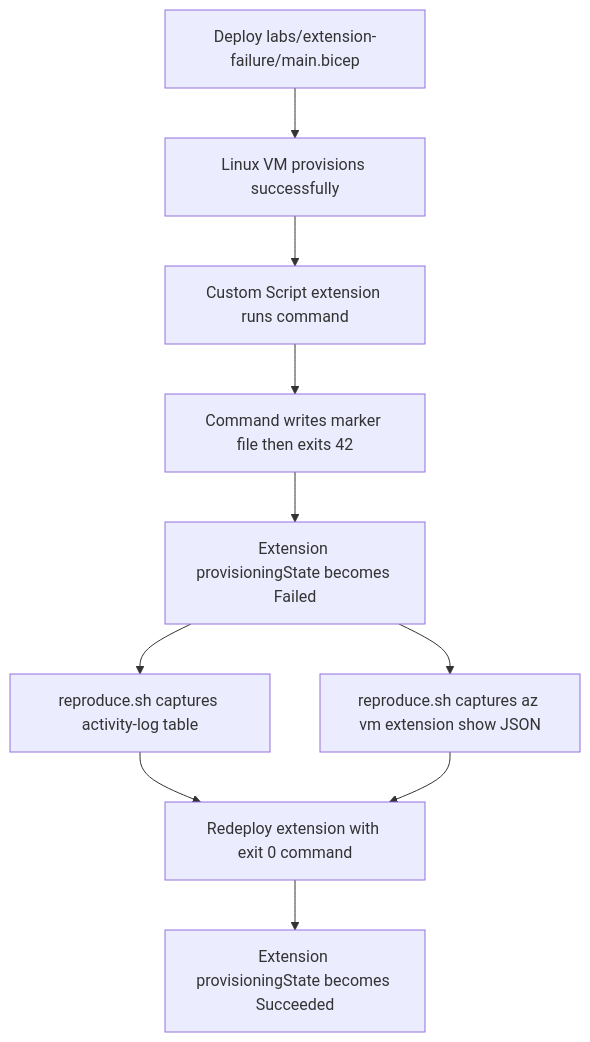
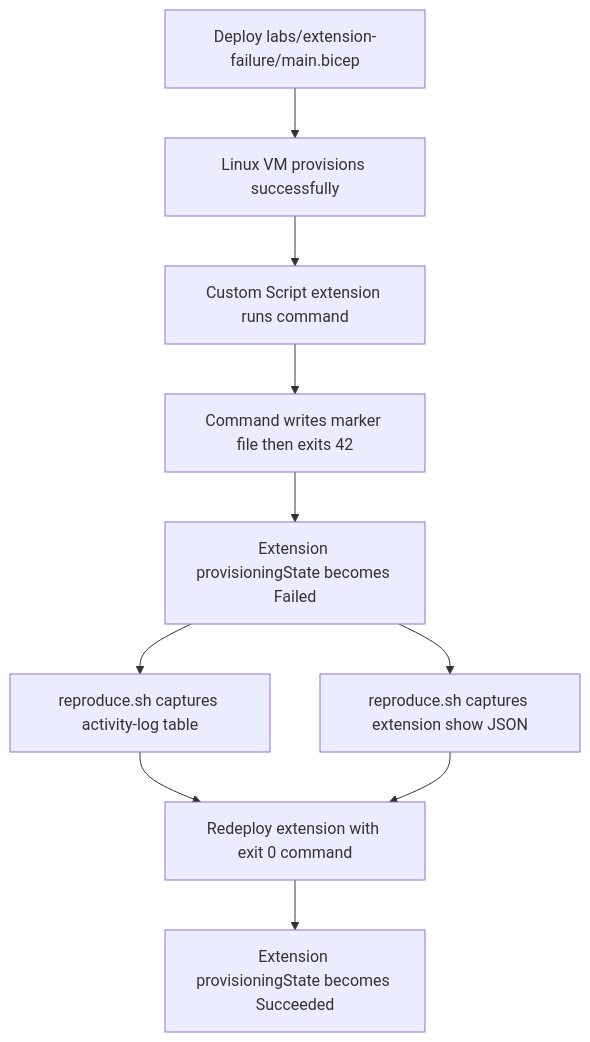
One commit to yeongseon/azure-virtual-machine-practical-guide changed the diagram in docs/troubleshooting/lab-guides/extension-failures.md. Above: the diagram before and after it, drawn with Mermaid. The commit also changed 2 other files, not shown here.

Commit message:
docs: resolve doc-quality gate debt (CA#385) (#61)
* docs: resolve documentation quality gate debt (CA#385)

* chore: drop accidentally committed __pycache__ artifacts

````diff
--- a/docs/troubleshooting/lab-guides/extension-failures.md
+++ b/docs/troubleshooting/lab-guides/extension-failures.md
@@ -40,12 +40,12 @@
 ```mermaid
 flowchart TD
     A[Deploy labs/extension-failure/main.bicep] --> B[Linux VM provisions successfully]
     B --> C[Custom Script extension runs command]
     C --> D[Command writes marker file then exits 42]
     D --> E[Extension provisioningState becomes Failed]
-    E --> F[reproduce.sh captures az vm extension show JSON]
+    E --> F[reproduce.sh captures extension show JSON]
     E --> G[reproduce.sh captures activity-log table]
     G --> H[Redeploy extension with exit 0 command]
     F --> H
     H --> I[Extension provisioningState becomes Succeeded]
 ```
````
